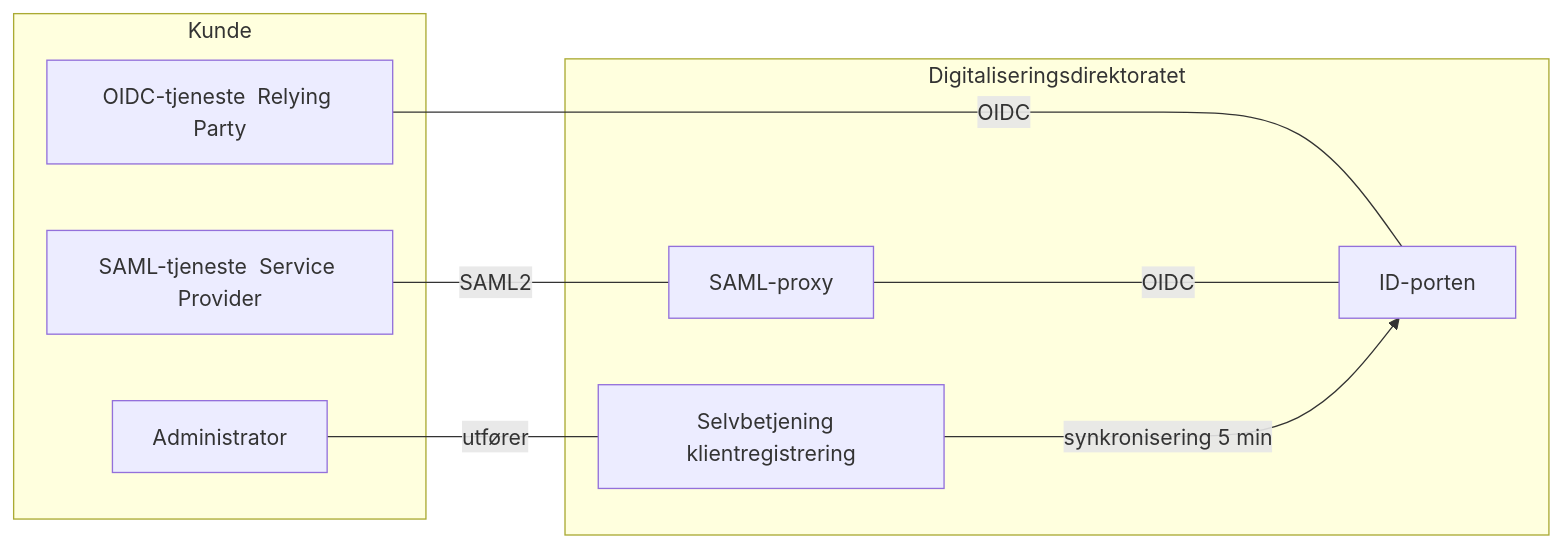
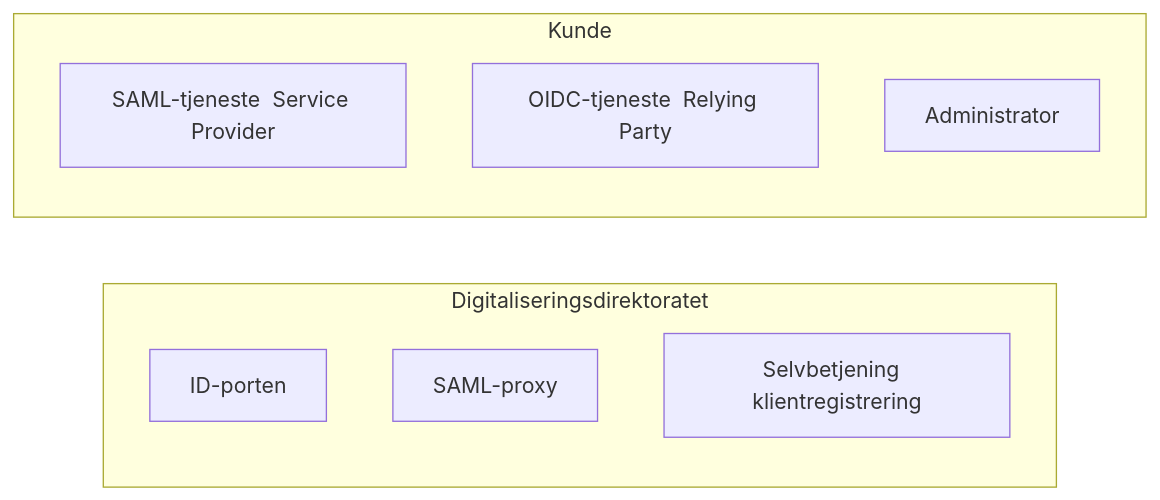
Before and after one commit to felleslosninger/docs: the diagram in _docs/idporten/idporten/idporten_overordnet.md, drawn with Mermaid.

```diff
--- a/_docs/idporten/idporten/idporten_overordnet.md
+++ b/_docs/idporten/idporten/idporten_overordnet.md
@@ -26,18 +26,14 @@
 <div class="mermaid">
 graph LR
   subgraph Digitaliseringsdirektoratet
     IDP[ID-porten]
     SAML[SAML-proxy]
     SADM[Selvbetjening  klientregistrering]
   end
   subgraph Kunde
      SP[SAML-tjeneste  Service Provider]
      RP[OIDC-tjeneste  Relying Party]
      ADM[Administrator]
   end
-  RP --  OIDC  ---IDP
-  SP --  SAML2 ---SAML
-  SAML -- OIDC ---IDP
-  ADM -- utfører ---SADM
-  SADM -- synkronisering 5 min --->IDP
+
 </div>
```
